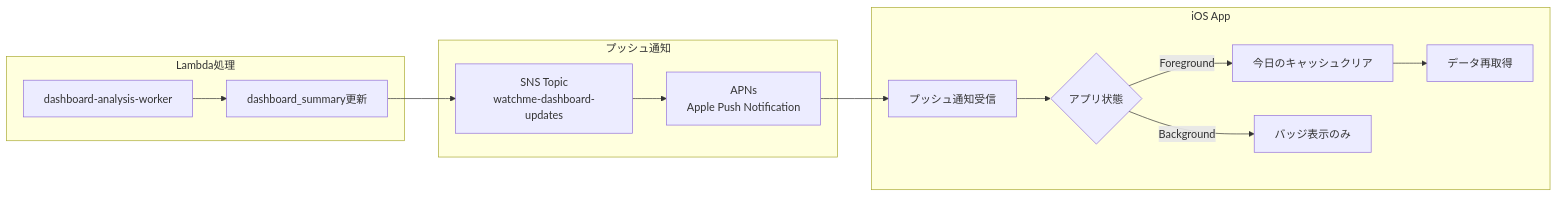
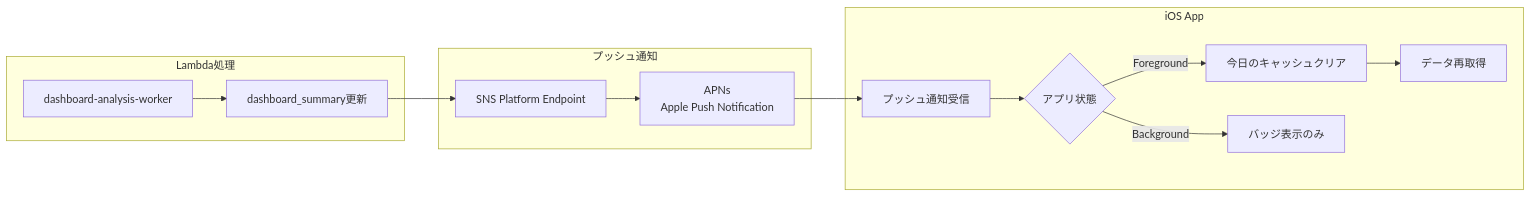
One commit to hey-watchme/app-ios changed the diagram in docs/PUSH_NOTIFICATION_ARCHITECTURE.md. Above: the diagram before and after it, drawn with Mermaid. The commit also changed other lines of this file and 6 other files, not shown here.

````diff
--- a/docs/PUSH_NOTIFICATION_ARCHITECTURE.md
+++ b/docs/PUSH_NOTIFICATION_ARCHITECTURE.md
@@ -22,19 +23,19 @@
 ```mermaid
 graph LR
     subgraph "Lambda処理"
         A[dashboard-analysis-worker] --> B[dashboard_summary更新]
     end
 
     subgraph "プッシュ通知"
-        B --> C[SNS Topic<br/>watchme-dashboard-updates]
+        B --> C[SNS Platform Endpoint]
         C --> D[APNs<br/>Apple Push Notification]
     end
 
     subgraph "iOS App"
         D --> E[プッシュ通知受信]
         E --> F{アプリ状態}
         F -->|Foreground| G[今日のキャッシュクリア]
         F -->|Background| H[バッジ表示のみ]
         G --> I[データ再取得]
     end
 ```
````
